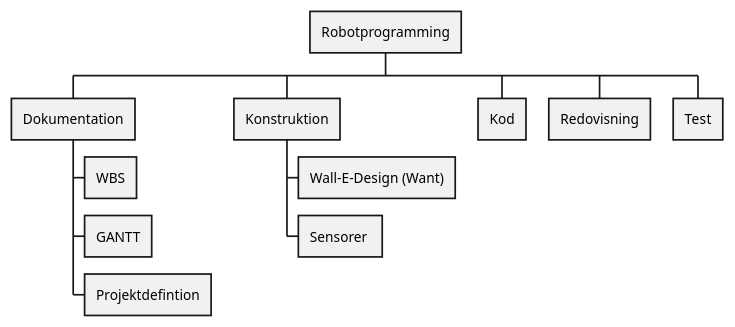
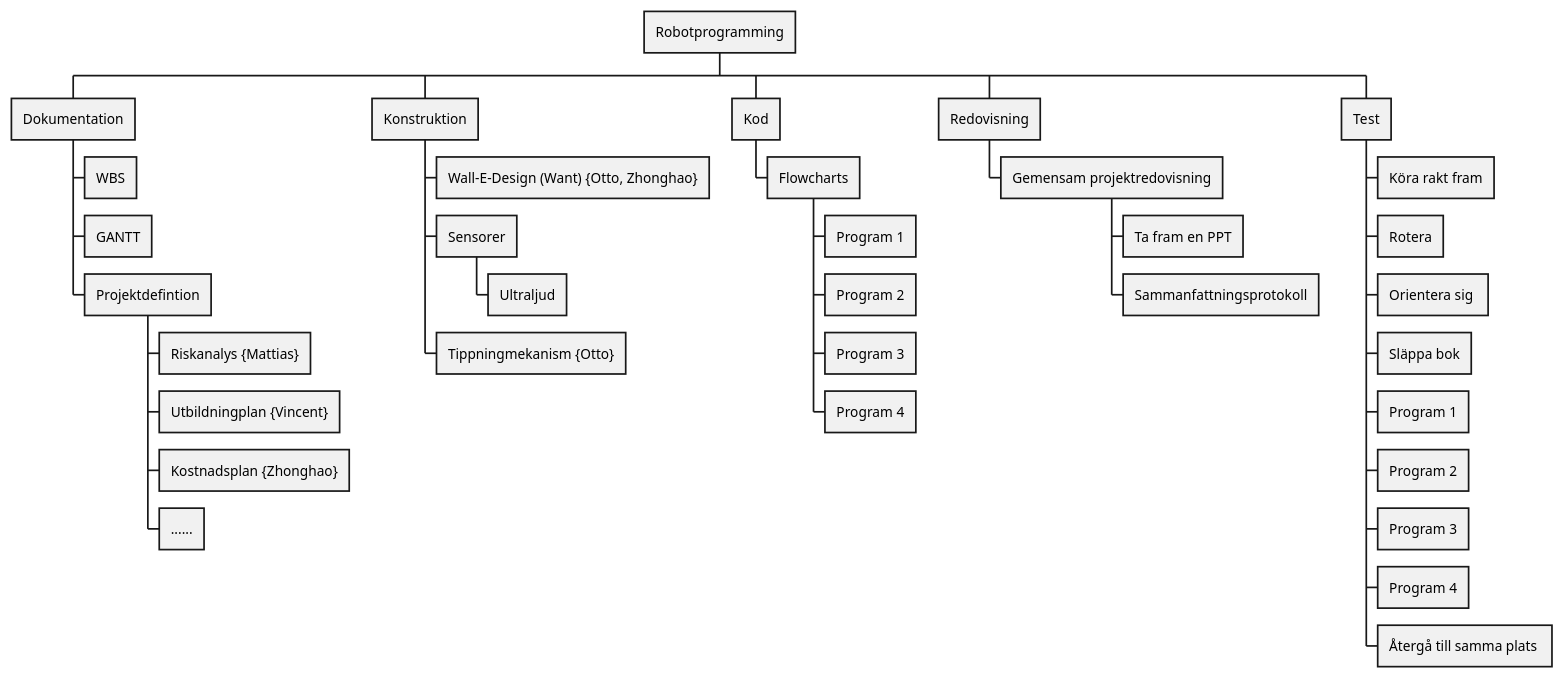
One commit to MattiasLindgren278/robot_project_18 changed the diagram in PlantUML/wbs.puml. Above: the diagram before and after it, drawn with PlantUML. The commit also changed 1 other file, not shown here.

```diff
--- a/PlantUML/wbs.puml
+++ b/PlantUML/wbs.puml
@@ -1,13 +1,40 @@
 @startwbs
 * Robotprogramming
 ** Dokumentation
 *** WBS
 *** GANTT
 *** Projektdefintion
+**** Riskanalys {Mattias}
+**** Utbildningplan {Vincent}
+**** Kostnadsplan {Zhonghao}
+**** ......
 ** Konstruktion
-*** Wall-E-Design (Want)
-*** Sensorer 
+*** Wall-E-Design (Want) {Otto, Zhonghao}
+*** Sensorer
+**** Ultraljud
+*** Tippningmekanism {Otto}
 ** Kod
+*** Flowcharts
+**** Program 1
+**** Program 2
+**** Program 3
+**** Program 4
 ** Redovisning
+*** Gemensam projektredovisning
+' note bottom
+' Alla skall hålla den enskilt (7 min)
+' end note 
+**** Ta fram en PPT
+**** Sammanfattningsprotokoll
+
 ** Test
+*** Köra rakt fram
+*** Rotera
+*** Orientera sig 
+*** Släppa bok
+*** Program 1
+*** Program 2
+*** Program 3
+*** Program 4
+*** Återgå till samma plats 
 @endwbs
```
